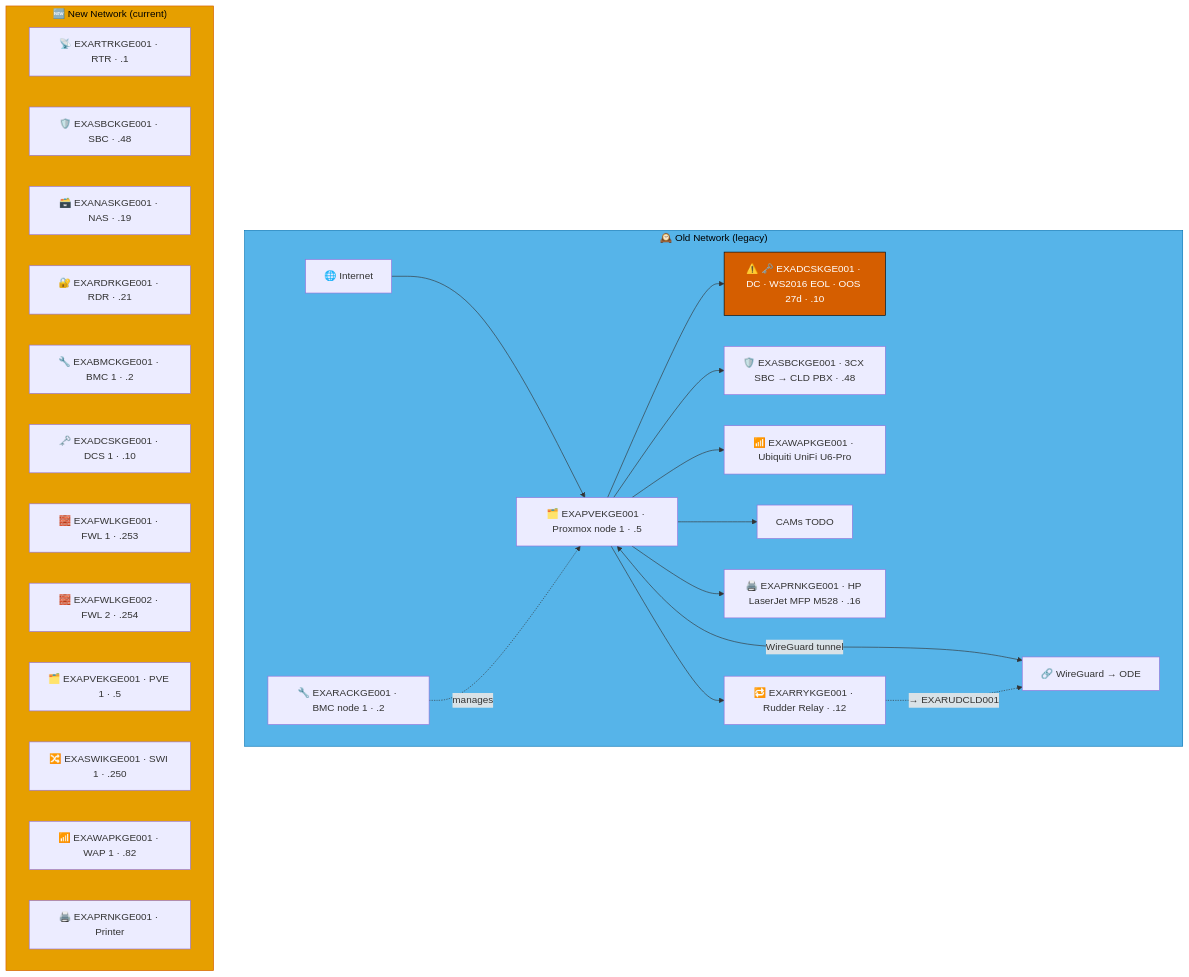
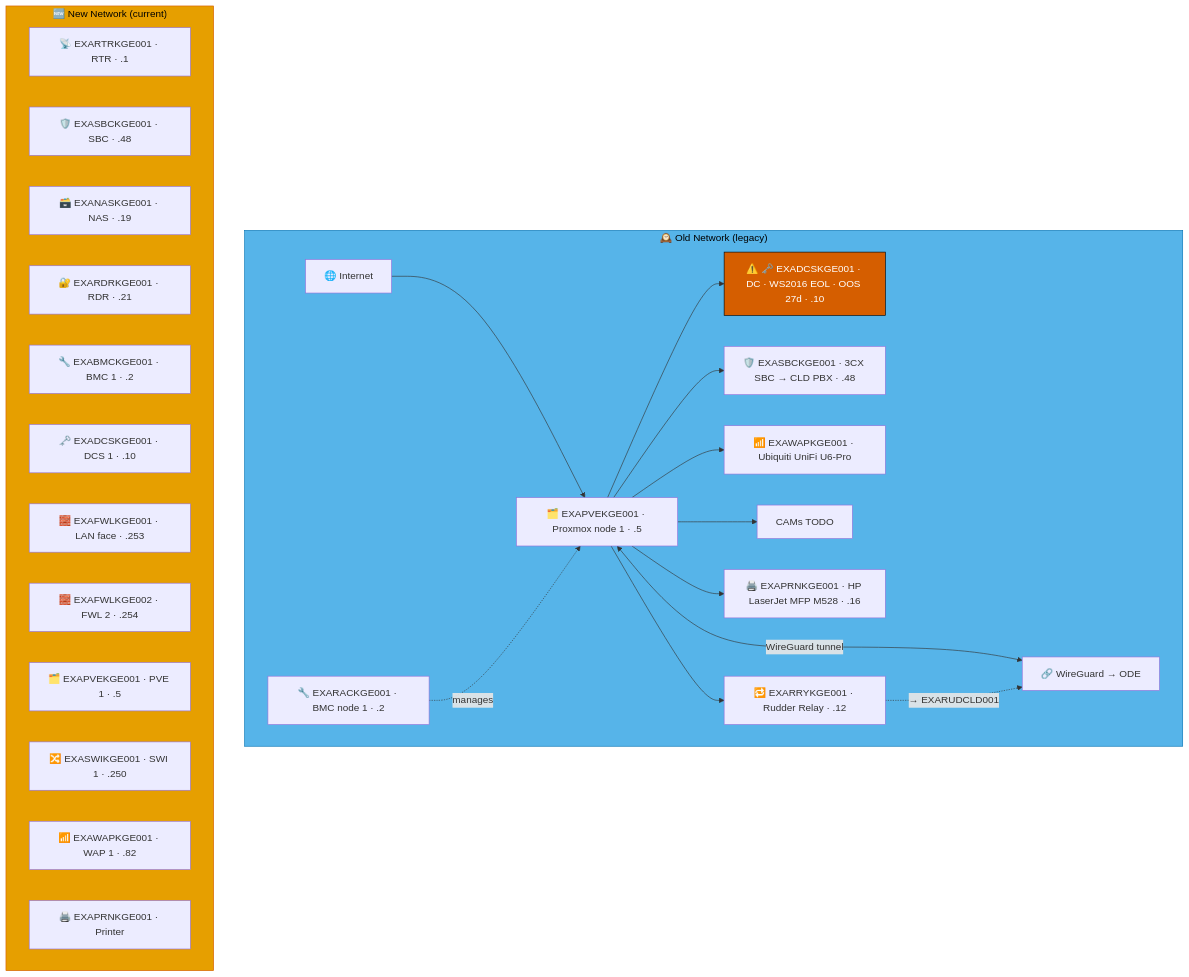
Before and after one commit to knightmare2600/example_music_infra: the third of 9 diagrams in docs/network-diagram/danmark.md, drawn with Mermaid. The commit also changed other lines of this file and 17 other files, not shown here.

````diff
--- a/docs/network-diagram/danmark.md
+++ b/docs/network-diagram/danmark.md
@@ -146,43 +146,43 @@
 ```mermaid
 graph TD
     subgraph OLD_KGE ["🕰️ Old Network (legacy)"]
       INET["🌐 Internet"]
       RAC["🔧 EXARACKGE001 · BMC node 1 · .2"]
       PVE["🗂️ EXAPVEKGE001 · Proxmox node 1 · .5"]
       DC["⚠️ 🗝️ EXADCSKGE001 · DC · WS2016 EOL · OOS 27d · .10"]
       SBC["🛡️ EXASBCKGE001 · 3CX SBC → CLD PBX · .48"]
       RRY["🔁 EXARRYKGE001 · Rudder Relay · .12"]
       WAP["📶 EXAWAPKGE001 · Ubiquiti UniFi U6-Pro"]
       CAM["CAMs TODO"]
       PRN["🖨️ EXAPRNKGE001 · HP LaserJet MFP M528 · .16"]
       VPN["🔗 WireGuard → ODE"]
 
       INET --> PVE --> DC & SBC
       RAC -.->|"manages"| PVE
       PVE --> WAP & CAM & PRN
       PVE <-->|"WireGuard tunnel"| VPN
 
       PVE --> RRY
       RRY -. "→ EXARUDCLD001" .-> VPN
     end
     style OLD_KGE fill:#56B4E9,stroke:#0072B2,color:#000000
     %% GENERATED:NEW-NETWORK:KGE:START
     subgraph NEW_KGE ["🆕 New Network (current)"]
       N_RTR["📡 EXARTRKGE001 · RTR · .1"]
       N_SBC["🛡️ EXASBCKGE001 · SBC · .48"]
       N_NAS["🗃️ EXANASKGE001 · NAS · .19"]
       N_RDR["🔐 EXARDRKGE001 · RDR · .21"]
       N_BMC["🔧 EXABMCKGE001 · BMC 1 · .2"]
       N_DCS["🗝️ EXADCSKGE001 · DCS 1 · .10"]
-      N_FWL["🧱 EXAFWLKGE001 · FWL 1 · .253"]
+      N_FWL["🧱 EXAFWLKGE001 · LAN face · .253"]
       N_FWL2["🧱 EXAFWLKGE002 · FWL 2 · .254"]
       N_PVE["🗂️ EXAPVEKGE001 · PVE 1 · .5"]
       N_SWI["🔀 EXASWIKGE001 · SWI 1 · .250"]
       N_WAP["📶 EXAWAPKGE001 · WAP 1 · .82"]
       N_PRN["🖨️ EXAPRNKGE001 · Printer"]
     end
     style NEW_KGE fill:#E69F00,stroke:#D55E00,color:#000000
     %% GENERATED:NEW-NETWORK:KGE:END
     classDef warn fill:#D55E00,stroke:#000000,color:#ffffff
     class DC warn
 ```
````
